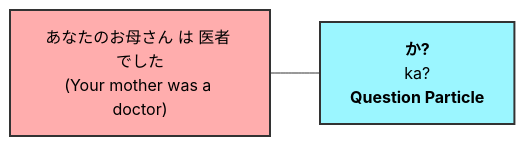
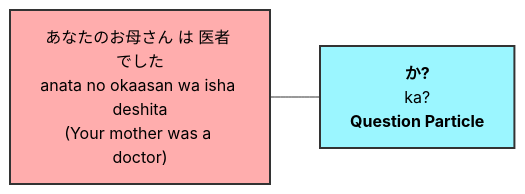
Before and after one commit to shainsethi/n5: the eighth of 12 diagrams in grammar/grammar-solutions.md, drawn with Mermaid. The commit also changed other lines of this file and 1 other file, not shown here.

Commit message:
feat: add N5 grammar reference and practice solution files with Mermaid diagrams

````diff
--- a/grammar/grammar-solutions.md
+++ b/grammar/grammar-solutions.md
@@ -114,6 +114,6 @@
 ```mermaid
 graph LR
-    Aff["あなたのお母さん は 医者 でした<br/>(Your mother was a doctor)"] --- Q["<b>か?</b><br/>ka?<br/><b>Question Particle</b>"]
+    Aff["あなたのお母さん は 医者 でした<br/>anata no okaasan wa isha deshita<br/>(Your mother was a doctor)"] --- Q["<b>か?</b><br/>ka?<br/><b>Question Particle</b>"]
     style Aff fill:#ffadad,stroke:#333,stroke-width:2px,color:#000
     style Q fill:#9bf6ff,stroke:#333,stroke-width:2px,color:#000
 ```
````
